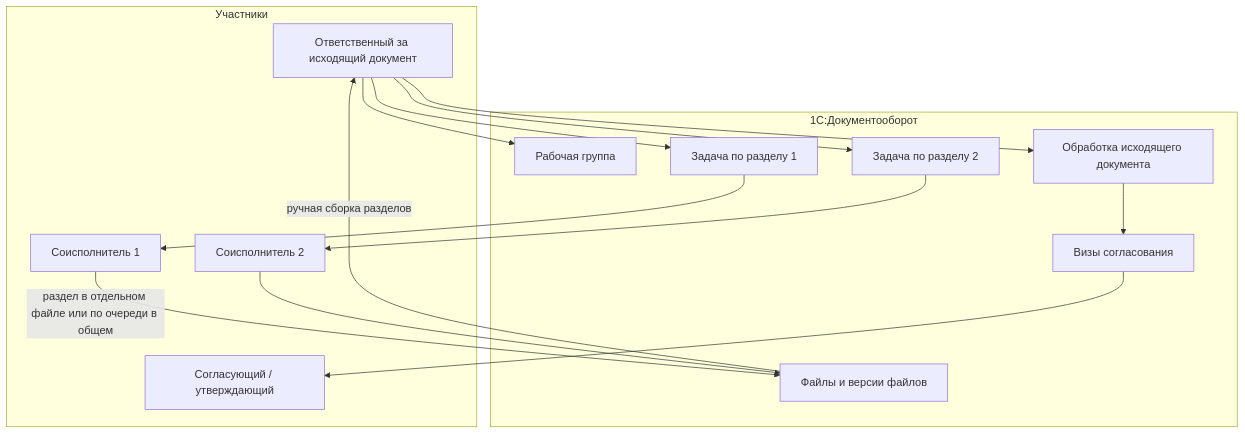
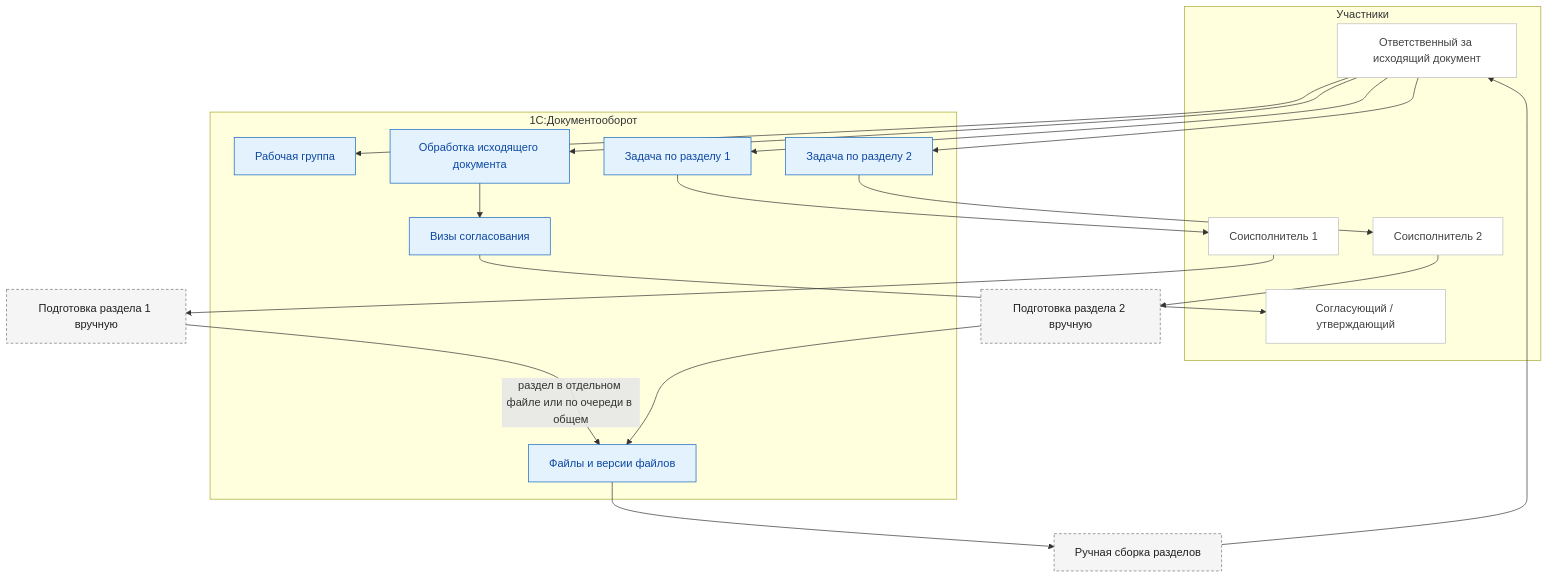
Diagram 11 of 16 in docs/process-diagrams.md (igorvolk1961/ai_scrivener), drawn with Mermaid before and after one commit. The commit also changed other lines of this file and 16 other files, not shown here.

First line of the commit message:
Reorganize docs, add C4 model and color process diagrams

````diff
--- a/docs/process-diagrams.md
+++ b/docs/process-diagrams.md
@@ -266,28 +358,37 @@
 ```mermaid
 flowchart TD
   subgraph P6["Участники"]
     RESP["Ответственный за исходящий документ"]
     AU1["Соисполнитель 1"]
     AU2["Соисполнитель 2"]
     APP["Согласующий / утверждающий"]
   end
   subgraph B6["1С:Документооборот"]
     WG["Рабочая группа"]
     T1["Задача по разделу 1"]
     T2["Задача по разделу 2"]
     F["Файлы и версии файлов"]
     BP["Обработка исходящего документа"]
     V["Визы согласования"]
   end
+  PREP1["Подготовка раздела 1 вручную"]
+  PREP2["Подготовка раздела 2 вручную"]
+  ASSEMBLE["Ручная сборка разделов"]
   RESP --> WG
   RESP --> T1
   RESP --> T2
-  T1 --> AU1
-  T2 --> AU2
-  AU1 -->|"раздел в отдельном файле или по очереди в общем"| F
-  AU2 --> F
-  F -->|"ручная сборка разделов"| RESP
+  T1 --> AU1 --> PREP1
+  T2 --> AU2 --> PREP2
+  PREP1 -->|"раздел в отдельном файле или по очереди в общем"| F
+  PREP2 --> F
+  F --> ASSEMBLE --> RESP
   RESP --> BP
   BP --> V
   V --> APP
+  classDef base fill:#E3F2FD,stroke:#1565C0,color:#0D47A1
+  classDef manual fill:#F5F5F5,stroke:#757575,color:#212121,stroke-dasharray: 4 3
+  classDef actor fill:#FFFFFF,stroke:#BDBDBD,color:#424242
+  class RESP,AU1,AU2,APP actor
+  class WG,T1,T2,F,BP,V base
+  class PREP1,PREP2,ASSEMBLE manual
 ```
````
